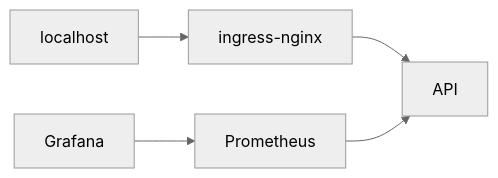
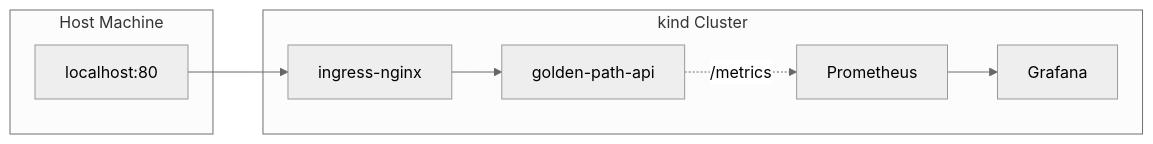
Before and after one commit to sano-suguru/terraform-eks-golden-path: the second of 3 diagrams in README.md, drawn with Mermaid (neutral theme). The commit also changed other lines of this file, not shown here.

Commit message:
docs: READMEのアーキテクチャ図を改善 (#38)

````diff
--- a/README.md
+++ b/README.md
@@ -47,6 +71,17 @@
 ```mermaid
 flowchart LR
-    Browser[localhost] --> Ingress[ingress-nginx] --> App[API]
-    Prometheus --> App
-    Grafana --> Prometheus
+    subgraph host[Host Machine]
+        Browser[localhost:80]
+    end
+
+    subgraph cluster[kind Cluster]
+        Ingress[ingress-nginx]
+        App[golden-path-api]
+        Prom[Prometheus]
+        Graf[Grafana]
+    end
+
+    Browser --> Ingress --> App
+    App -.->|/metrics| Prom
+    Prom --> Graf
 ```
````
